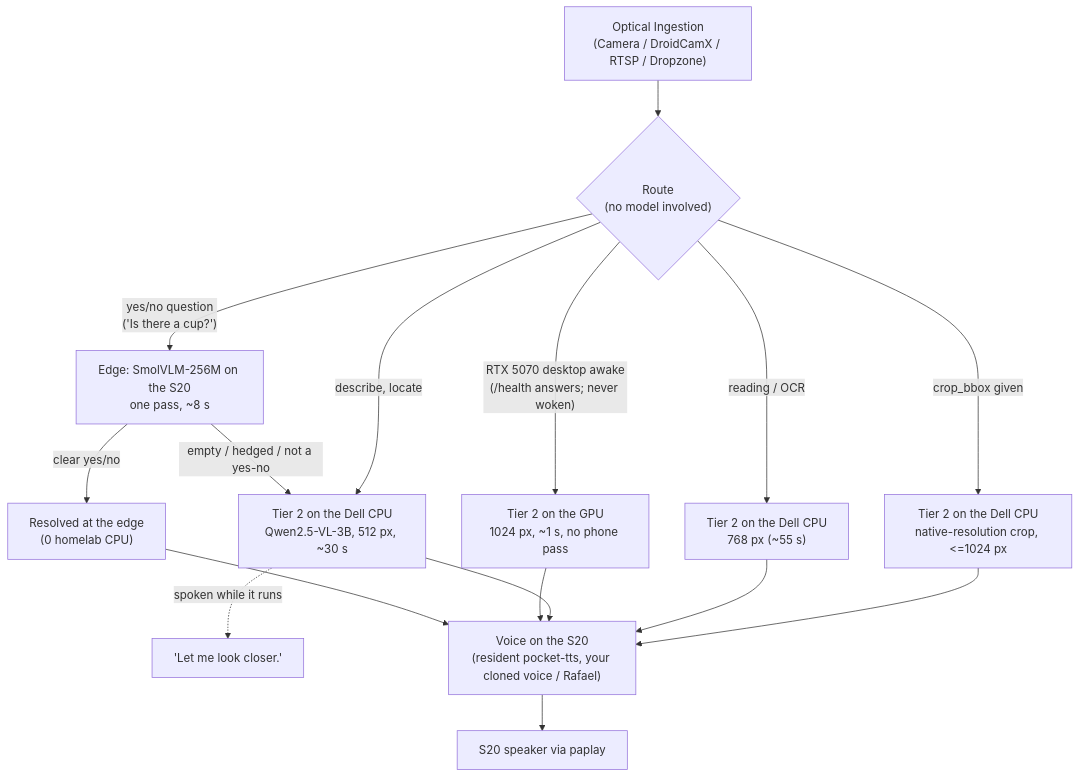
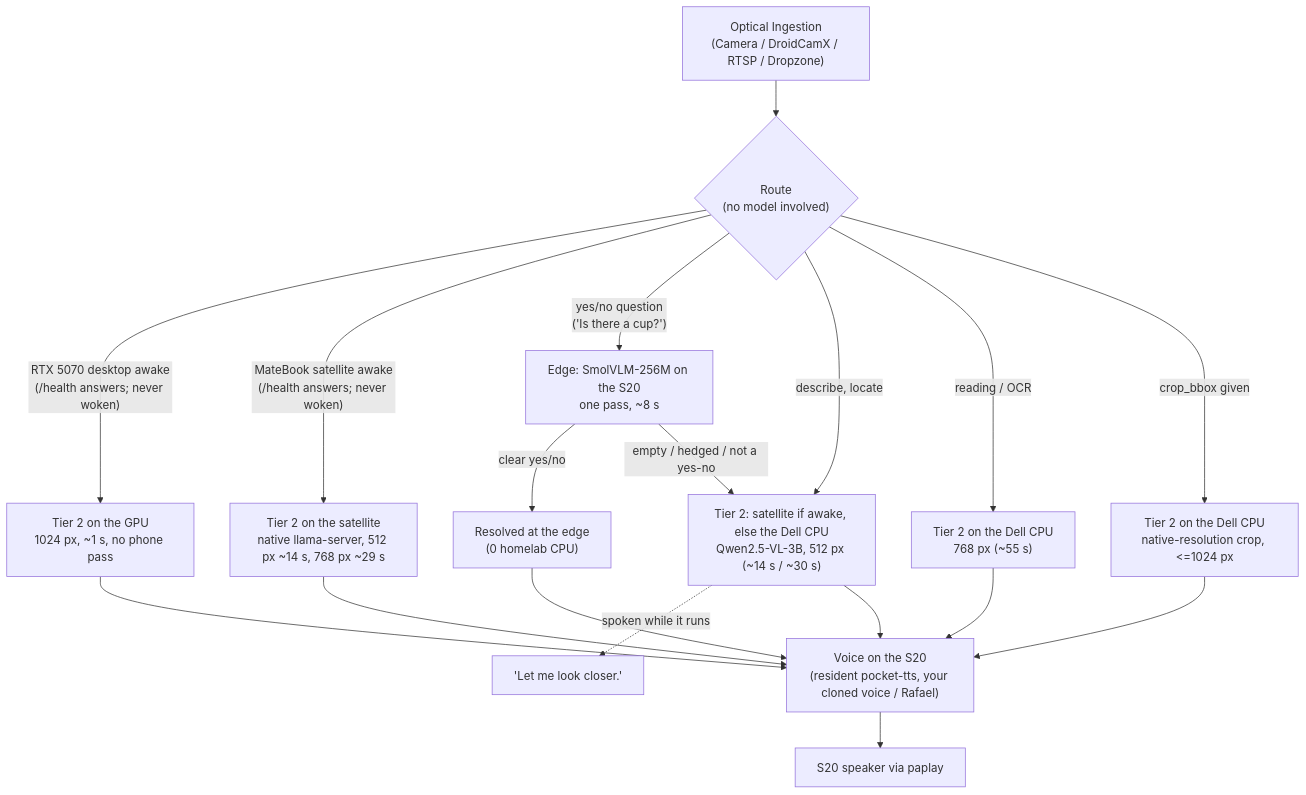
Before and after one commit to TravT/ambient-companion: the diagram in README.md, drawn with Mermaid. The commit also changed other lines of this file and 6 other files, not shown here.

First line of the commit message:
feat(routing): backend ladder GPU -> satellite -> Dell (v1.4.0)

````diff
--- a/README.md
+++ b/README.md
@@ -14,23 +14,25 @@
 ```mermaid
 flowchart TD
     A["Optical Ingestion\n(Camera / DroidCamX / RTSP / Dropzone)"] --> R{"Route\n(no model involved)"}
 
     R -->|"RTX 5070 desktop awake\n(/health answers; never woken)"| GPU["Tier 2 on the GPU\n1024 px, ~1 s, no phone pass"]
+    R -->|"MateBook satellite awake\n(/health answers; never woken)"| SAT["Tier 2 on the satellite\nnative llama-server, 512 px ~14 s, 768 px ~29 s"]
 
     R -->|"yes/no question\n('Is there a cup?')"| C["Edge: SmolVLM-256M on the S20\none pass, ~8 s"]
     C -->|"clear yes/no"| F["Resolved at the edge\n(0 homelab CPU)"]
     C -->|"empty / hedged / not a yes-no"| H
 
-    R -->|"describe, locate"| H["Tier 2 on the Dell CPU\nQwen2.5-VL-3B, 512 px, ~30 s"]
+    R -->|"describe, locate"| H["Tier 2: satellite if awake, else the Dell CPU\nQwen2.5-VL-3B, 512 px (~14 s / ~30 s)"]
     R -->|"reading / OCR"| H2["Tier 2 on the Dell CPU\n768 px (~55 s)"]
     R -->|"crop_bbox given"| H3["Tier 2 on the Dell CPU\nnative-resolution crop, <=1024 px"]
 
     H -.->|"spoken while it runs"| Q["'Let me look closer.'"]
 
     F --> I["Voice on the S20\n(resident pocket-tts, your cloned voice / Rafael)"]
     GPU --> I
+    SAT --> I
     H --> I
     H2 --> I
     H3 --> I
     I --> J["S20 speaker via paplay"]
 ```
````
